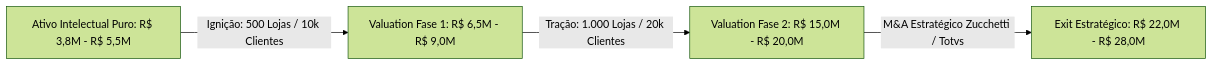
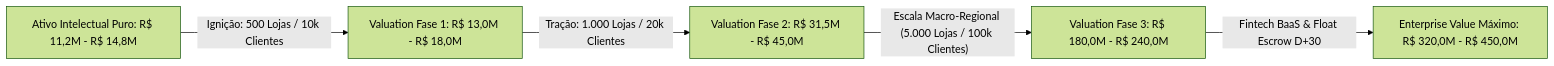
Before and after one commit to EduardoChapeco/waesy: the diagram in docs/DUE_DILIGENCE_VALUATION.md, drawn with Mermaid (forest theme). The commit also changed other lines of this file, not shown here.

Commit message:
docs(valuation): update due diligence valuation to 1.28M LOC and multi-vertical model

````diff
--- a/docs/DUE_DILIGENCE_VALUATION.md
+++ b/docs/DUE_DILIGENCE_VALUATION.md
@@ -18,6 +20,7 @@
 ```mermaid
 graph LR
-    A[Ativo Intelectual Puro: R$ 3,8M - R$ 5,5M] -->|Ignição: 500 Lojas / 10k Clientes| B[Valuation Fase 1: R$ 6,5M - R$ 9,0M]
-    B -->|Tração: 1.000 Lojas / 20k Clientes| C[Valuation Fase 2: R$ 15,0M - R$ 20,0M]
-    C -->|M&A Estratégico Zucchetti / Totvs| D[Exit Estratégico: R$ 22,0M - R$ 28,0M]
+    A["Ativo Intelectual Puro: R$ 11,2M - R$ 14,8M"] -->|"Ignição: 500 Lojas / 10k Clientes"| B["Valuation Fase 1: R$ 13,0M - R$ 18,0M"]
+    B -->|"Tração: 1.000 Lojas / 20k Clientes"| C["Valuation Fase 2: R$ 31,5M - R$ 45,0M"]
+    C -->|"Escala Macro-Regional (5.000 Lojas / 100k Clientes)"| D["Valuation Fase 3: R$ 180,0M - R$ 240,0M"]
+    D -->|"Fintech BaaS & Float Escrow D+30"| E["Enterprise Value Máximo: R$ 320,0M - R$ 450,0M"]
 ```
````
